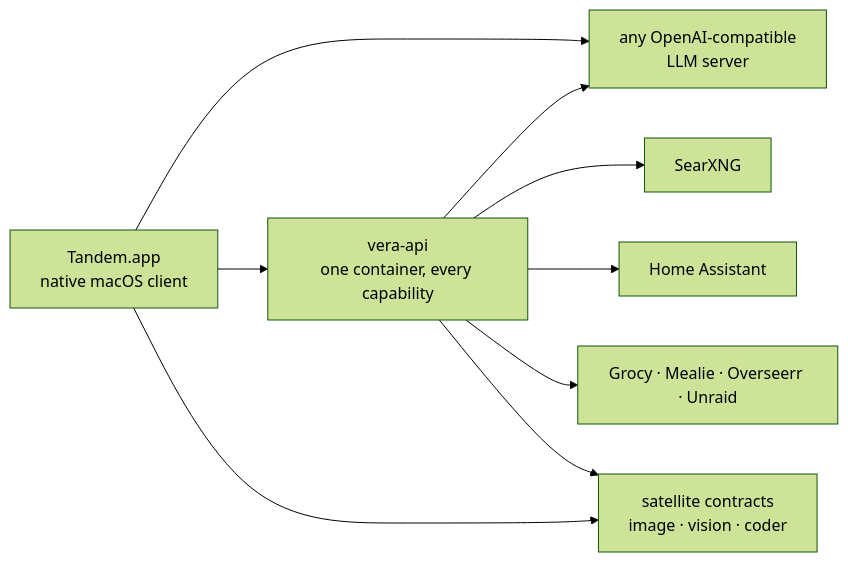
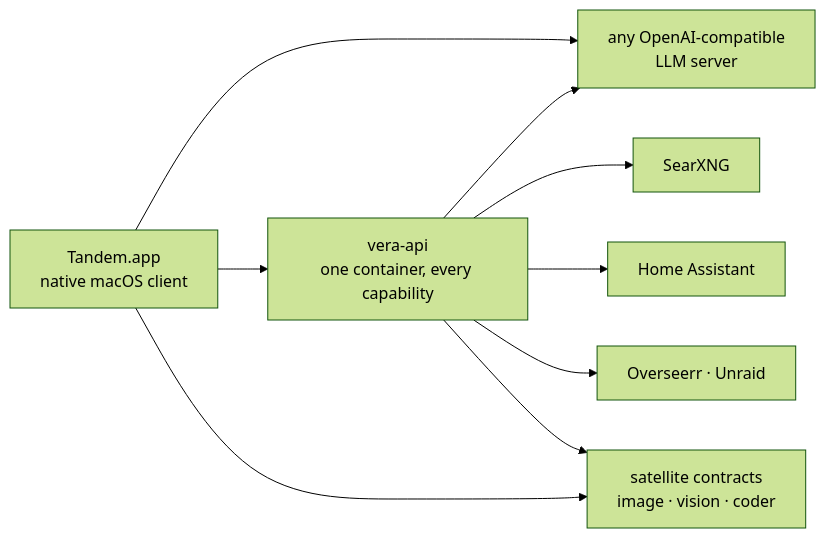
The diagram in README.md (DisplacedForest/tandem), drawn with Mermaid (forest theme) before and after one commit. The commit also changed other lines of this file and 39 other files, not shown here.

````diff
--- a/README.md
+++ b/README.md
@@ -35,19 +33,19 @@
 ```mermaid
 flowchart LR
     APP["Tandem.app<br/>native macOS client"]
     LLM["any OpenAI-compatible<br/>LLM server"]
     API["vera-api<br/>one container, every capability"]
     SEARX["SearXNG"]
     HA["Home Assistant"]
-    INT["Grocy · Mealie · Overseerr · Unraid"]
+    INT["Overseerr · Unraid"]
     SAT["satellite contracts<br/>image · vision · coder"]
 
     APP --> LLM
     APP --> API
     API --> LLM
     API --> SEARX
     API --> HA
     API --> INT
     API --> SAT
     APP --> SAT
 ```
````
